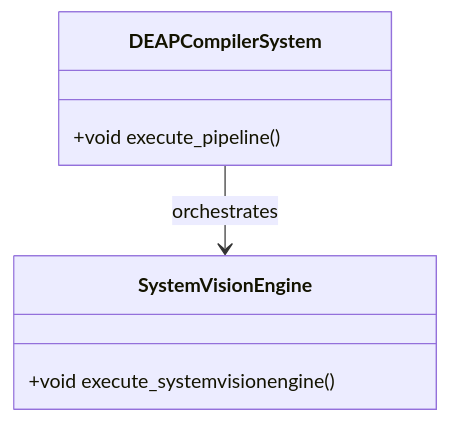
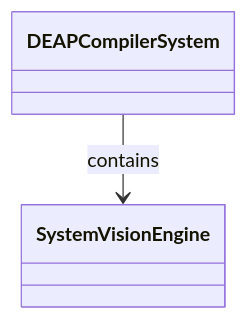
Before and after one commit to gintatkinson/dumpiler-01: the diagram in docs/features/FEAT-06-SystemVisionEngine.md, drawn with Mermaid. The commit also changed other lines of this file and 101 other files, not shown here.

````diff
--- a/docs/features/FEAT-06-SystemVisionEngine.md
+++ b/docs/features/FEAT-06-SystemVisionEngine.md
@@ -25,10 +29,6 @@
 ```mermaid
 classDiagram
-    class DEAPCompilerSystem {
-        +void execute_pipeline()
-    }
-    class SystemVisionEngine {
-        +void execute_systemvisionengine()
-    }
-    DEAPCompilerSystem --> SystemVisionEngine : orchestrates
+    class DEAPCompilerSystem
+    class SystemVisionEngine
+    DEAPCompilerSystem --> SystemVisionEngine : contains
 ```
````
